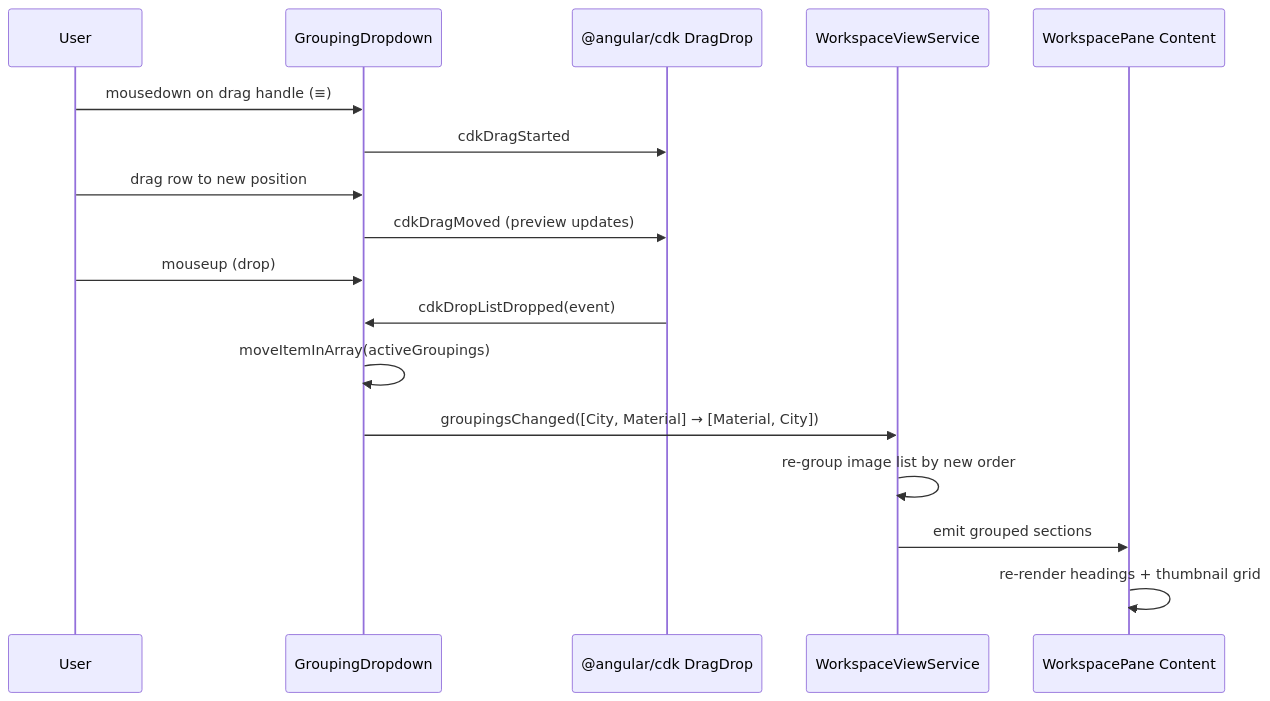
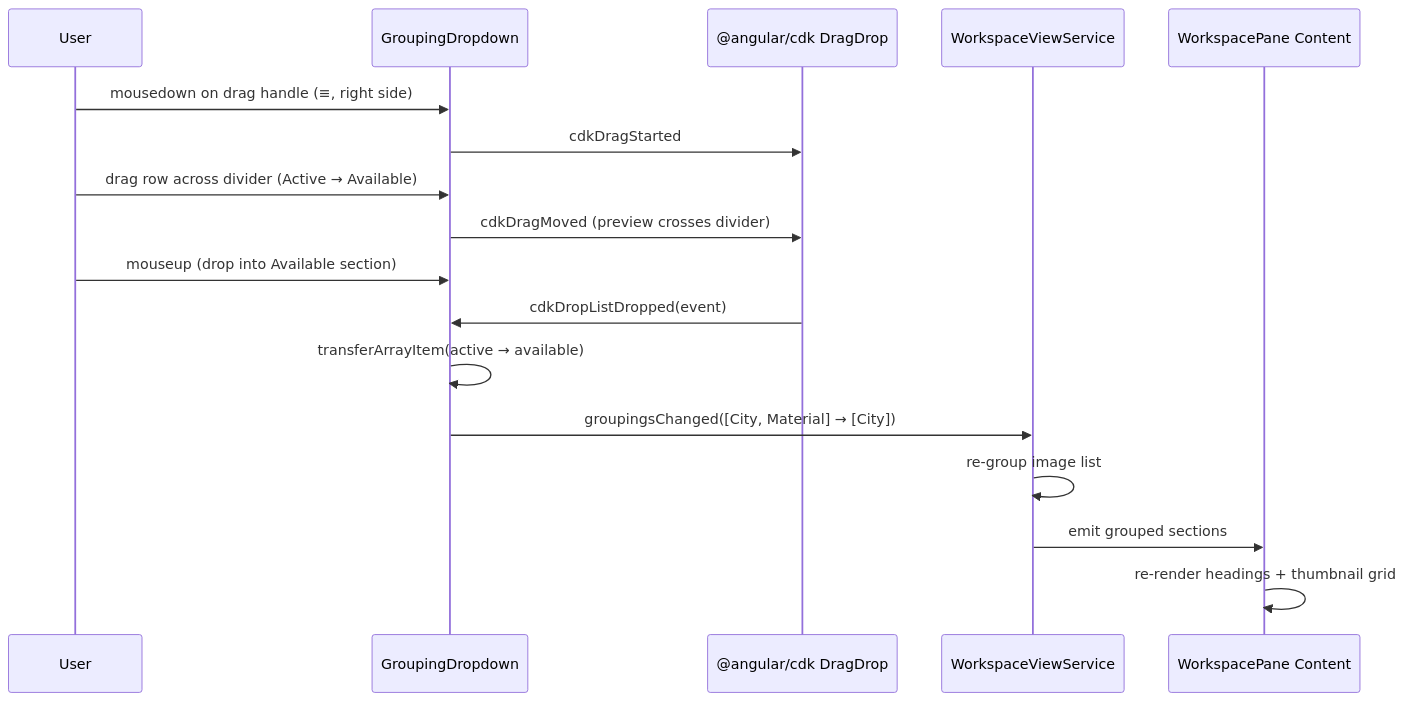
The fourth of 7 diagrams in docs/element-specs/grouping-dropdown.md (matkleve/sitesnap), drawn with Mermaid before and after one commit. The commit also changed other lines of this file and 31 other files, not shown here.

````diff
--- a/docs/element-specs/grouping-dropdown.md
+++ b/docs/element-specs/grouping-dropdown.md
@@ -183,20 +217,20 @@
 ```mermaid
 sequenceDiagram
     participant U as User
     participant DD as GroupingDropdown
     participant CDK as @angular/cdk DragDrop
     participant WVS as WorkspaceViewService
     participant WP as WorkspacePane Content
 
-    U->>DD: mousedown on drag handle (≡)
+    U->>DD: mousedown on drag handle (≡, right side)
     DD->>CDK: cdkDragStarted
-    U->>DD: drag row to new position
-    DD->>CDK: cdkDragMoved (preview updates)
-    U->>DD: mouseup (drop)
+    U->>DD: drag row across divider (Active → Available)
+    DD->>CDK: cdkDragMoved (preview crosses divider)
+    U->>DD: mouseup (drop into Available section)
     CDK->>DD: cdkDropListDropped(event)
-    DD->>DD: moveItemInArray(activeGroupings)
-    DD->>WVS: groupingsChanged([City, Material] → [Material, City])
-    WVS->>WVS: re-group image list by new order
+    DD->>DD: transferArrayItem(active → available)
+    DD->>WVS: groupingsChanged([City, Material] → [City])
+    WVS->>WVS: re-group image list
     WVS->>WP: emit grouped sections
     WP->>WP: re-render headings + thumbnail grid
 ```
````
